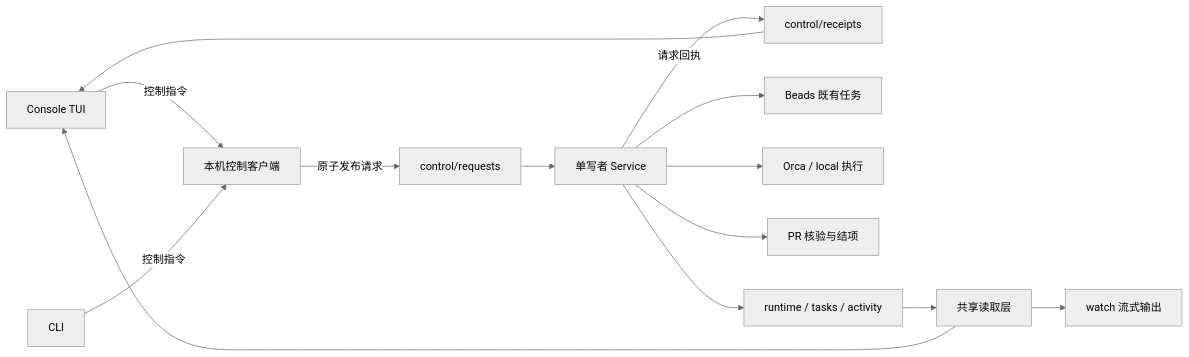
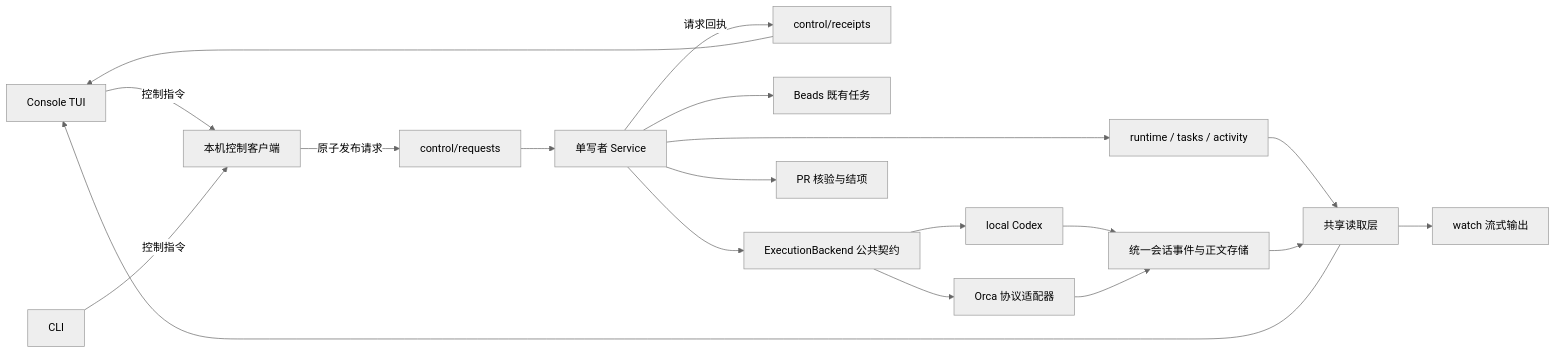
One commit to erranliu/SteerLine changed the diagram in docs/spec/console-upgrade.md. Above: the diagram before and after it, drawn with Mermaid (neutral theme). The commit also changed other lines of this file and 13 other files, not shown here.

Commit message:
docs: specify durable dual-backend execution and conversation folding

````diff
--- a/docs/spec/console-upgrade.md
+++ b/docs/spec/console-upgrade.md
@@ -47,16 +55,21 @@
 ```mermaid
 flowchart LR
     UI[Console TUI] -->|控制指令| C[本机控制客户端]
     CLI[CLI] -->|控制指令| C
     C -->|原子发布请求| Inbox[control/requests]
     Inbox --> S[单写者 Service]
     S -->|请求回执| Receipt[control/receipts]
     Receipt --> UI
     S --> B[Beads 既有任务]
-    S --> H[Orca / local 执行]
+    S --> A[ExecutionBackend 公共契约]
+    A --> L[local Codex]
+    A --> O[Orca 协议适配器]
+    L --> N[统一会话事件与正文存储]
+    O --> N
     S --> P[PR 核验与结项]
     S --> R[runtime / tasks / activity]
     R --> Q[共享读取层]
+    N --> Q
     Q --> UI
     Q --> W[watch 流式输出]
 ```
````
